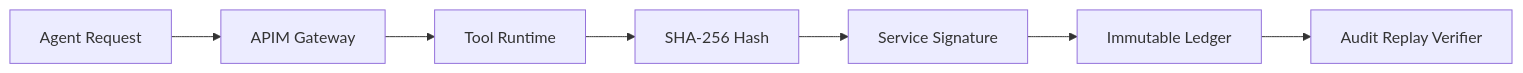
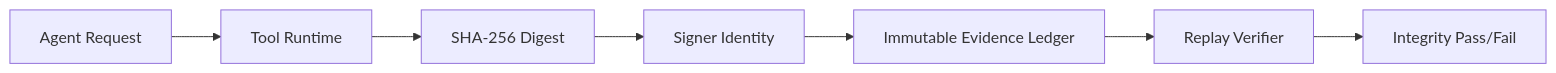
One commit to turbo998/ai-infra-lab changed the diagram in workshops/azure-agent-infra/agent-tool-output-hash-attestation-selection-faq.en.md. Above: the diagram before and after it, drawn with Mermaid. The commit also changed other lines of this file and 40 other files, not shown here.

````diff
--- a/workshops/azure-agent-infra/agent-tool-output-hash-attestation-selection-faq.en.md
+++ b/workshops/azure-agent-infra/agent-tool-output-hash-attestation-selection-faq.en.md
@@ -23,9 +22,9 @@
 ```mermaid
 flowchart LR
-  Req[Agent Request] --> GW[APIM Gateway]
-  GW --> Tool[Tool Runtime]
-  Tool --> H[SHA-256 Hash]
-  H --> Sig[Service Signature]
-  Sig --> Ledger[Immutable Ledger]
-  Ledger --> Replay[Audit Replay Verifier]
+  Req[Agent Request] --> Tool[Tool Runtime]
+  Tool --> Hash[SHA-256 Digest]
+  Hash --> Sign[Signer Identity]
+  Sign --> Ledger[Immutable Evidence Ledger]
+  Ledger --> Replay[Replay Verifier]
+  Replay --> Verdict[Integrity Pass/Fail]
 ```
````
